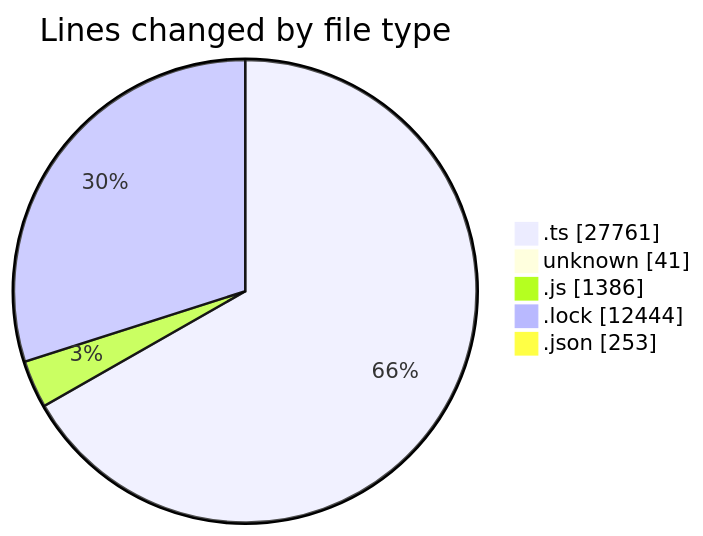
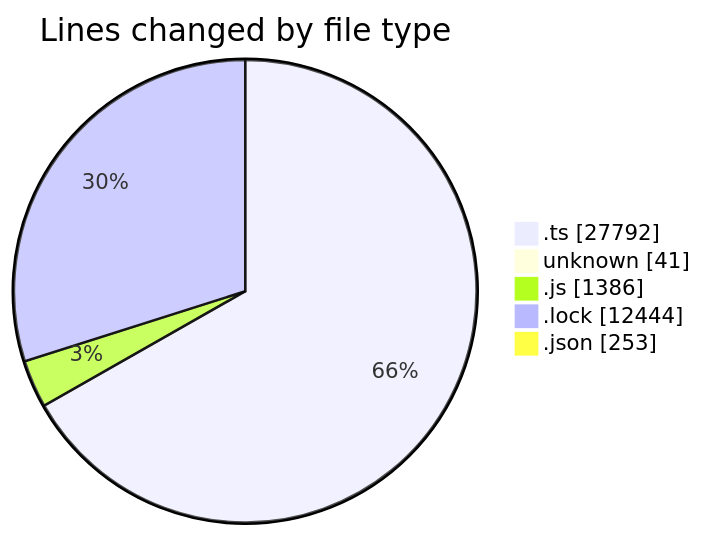
One commit to momahboobian/code-tracking changed the first of 2 diagrams in 2025-08-18/cda/README.md. Above: the diagram before and after it, drawn with Mermaid. The commit also changed other lines of this file and 1 other file, not shown here.

````diff
--- a/2025-08-18/cda/README.md
+++ b/2025-08-18/cda/README.md
@@ -39,9 +39,9 @@
 ```mermaid
 pie showData
 title Lines changed by file type
-".ts" : 27761
+".ts" : 27792
 "unknown" : 41
 ".js" : 1386
 ".lock" : 12444
 ".json" : 253
 ```
````
